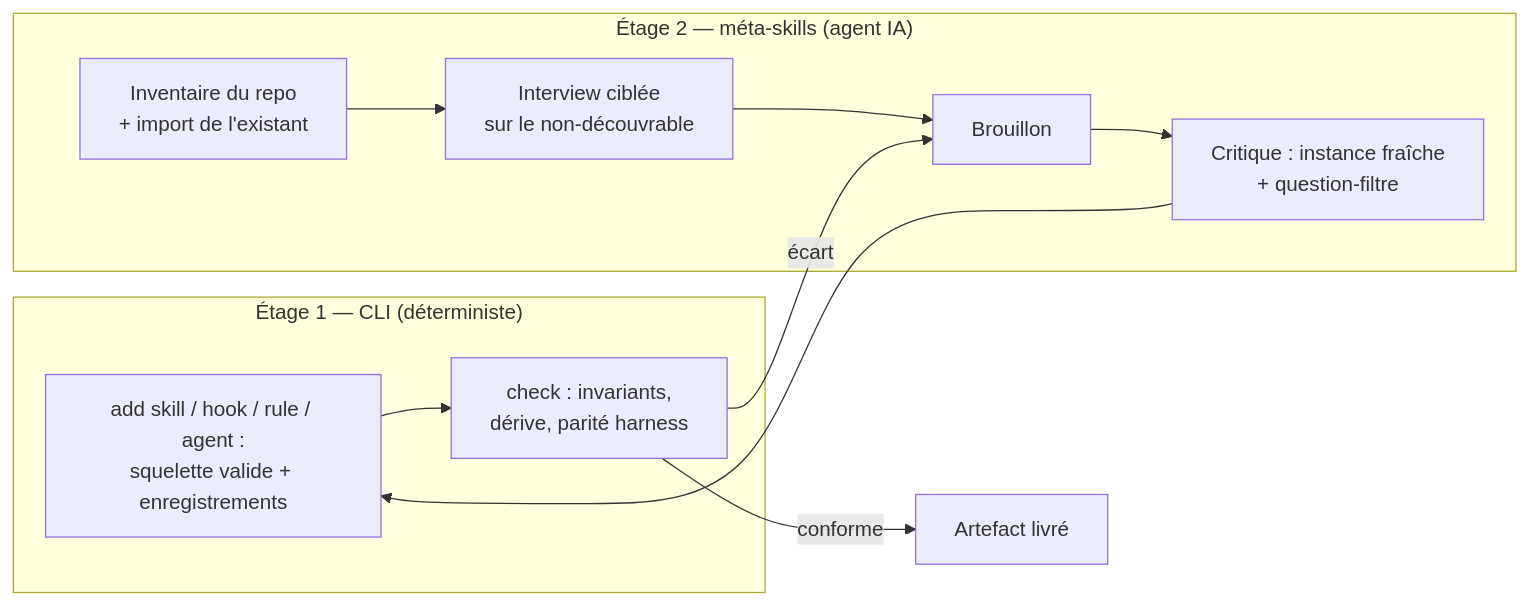
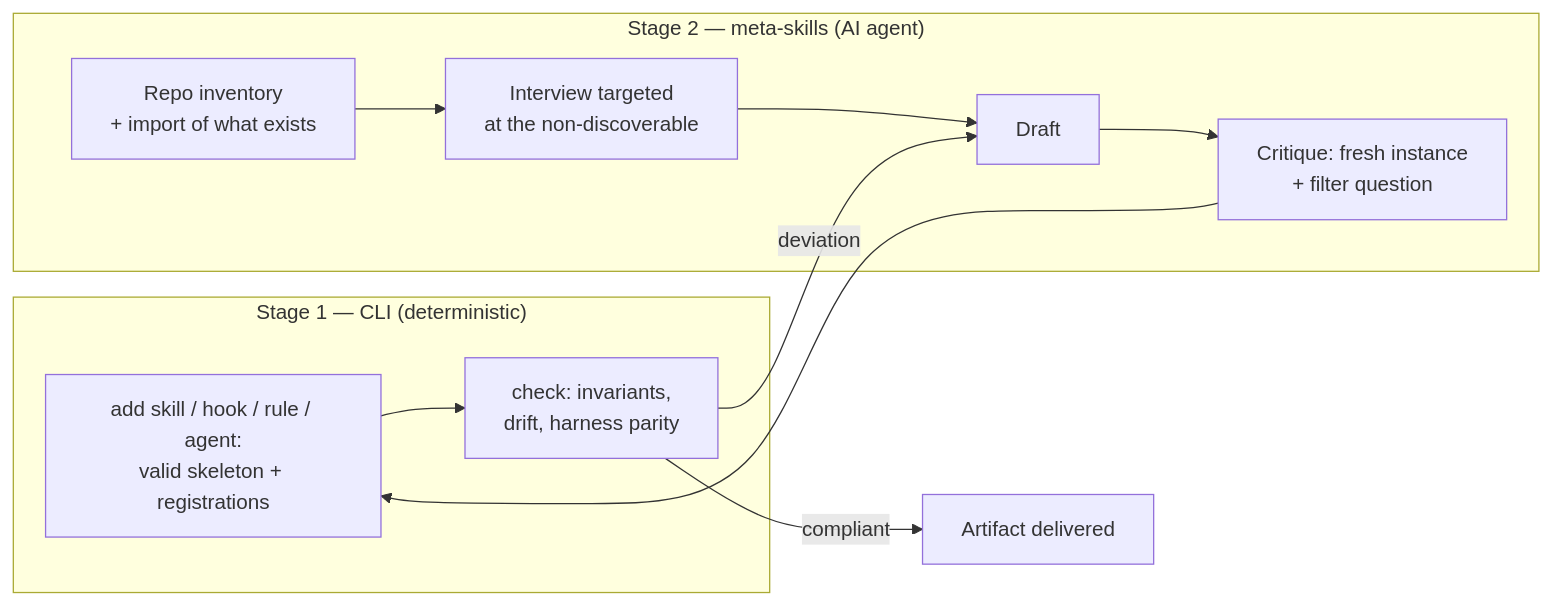
The diagram in docs/creation-assistee.md (PicardRaphael/agentsdir), drawn with Mermaid before and after one commit. The commit also changed other lines of this file and 23 other files, not shown here.

````diff
--- a/docs/creation-assistee.md
+++ b/docs/creation-assistee.md
@@ -7,16 +7,16 @@
 ```mermaid
 flowchart LR
-    subgraph CLI["Étage 1 — CLI (déterministe)"]
-        G["add skill / hook / rule / agent :<br/>squelette valide + enregistrements"]
-        C["check : invariants,<br/>dérive, parité harness"]
+    subgraph CLI["Stage 1 — CLI (deterministic)"]
+        G["add skill / hook / rule / agent:<br/>valid skeleton + registrations"]
+        C["check: invariants,<br/>drift, harness parity"]
     end
-    subgraph META["Étage 2 — méta-skills (agent IA)"]
-        I["Inventaire du repo<br/>+ import de l'existant"]
-        Q["Interview ciblée<br/>sur le non-découvrable"]
-        D["Brouillon"]
-        R["Critique : instance fraîche<br/>+ question-filtre"]
+    subgraph META["Stage 2 — meta-skills (AI agent)"]
+        I["Repo inventory<br/>+ import of what exists"]
+        Q["Interview targeted<br/>at the non-discoverable"]
+        D["Draft"]
+        R["Critique: fresh instance<br/>+ filter question"]
     end
     I --> Q --> D --> R --> G --> C
-    C -- écart --> D
-    C -- conforme --> OK["Artefact livré"]
+    C -- deviation --> D
+    C -- compliant --> OK["Artifact delivered"]
 ```
````
